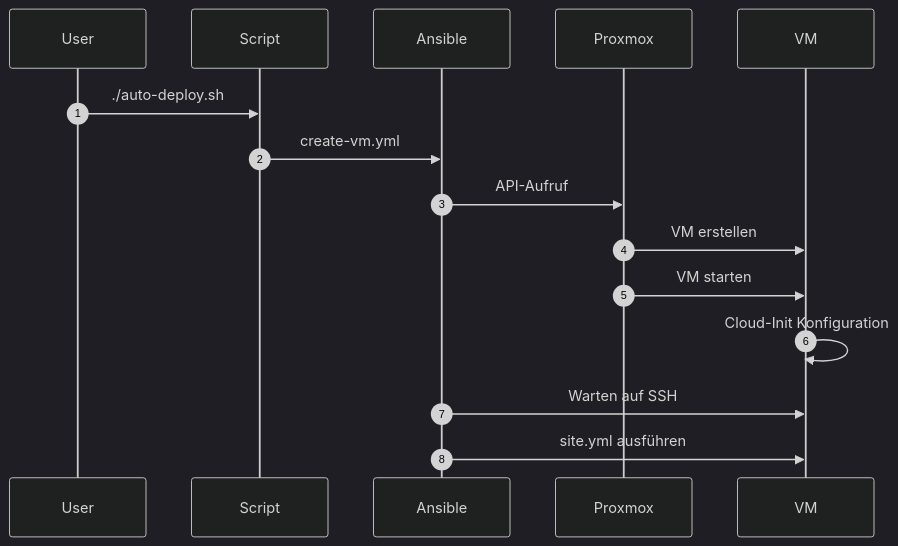
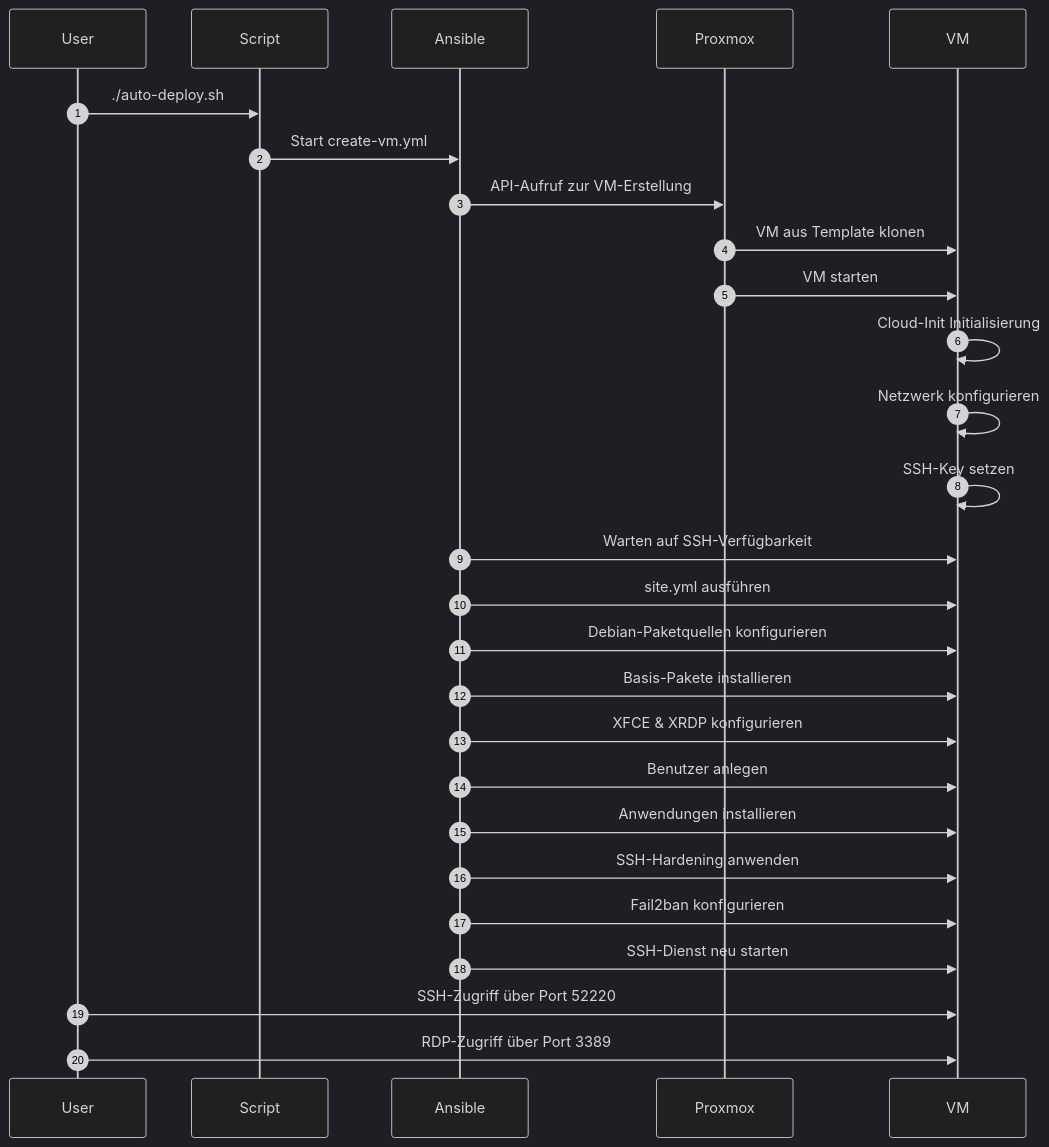
One commit to Elvice1987/proxmox-ansible-automation changed the second of 4 diagrams in documentation.md. Above: the diagram before and after it, drawn with Mermaid (dark theme).

Commit message:
Enhance deployment documentation with detailed steps
Updated deployment flow to include additional steps for VM creation and configuration.

````diff
--- a/documentation.md
+++ b/documentation.md
@@ -61,20 +61,34 @@
 ```mermaid
 sequenceDiagram
     autonumber
     participant User
     participant Script
     participant Ansible
     participant Proxmox
     participant VM
 
     User->>Script: ./auto-deploy.sh
-    Script->>Ansible: create-vm.yml
-    Ansible->>Proxmox: API-Aufruf
-    Proxmox->>VM: VM erstellen
+    Script->>Ansible: Start create-vm.yml
+    Ansible->>Proxmox: API-Aufruf zur VM-Erstellung
+    Proxmox->>VM: VM aus Template klonen
     Proxmox->>VM: VM starten
 
-    VM->>VM: Cloud-Init Konfiguration
+    VM->>VM: Cloud-Init Initialisierung
+    VM->>VM: Netzwerk konfigurieren
+    VM->>VM: SSH-Key setzen
 
-    Ansible->>VM: Warten auf SSH
+    Ansible->>VM: Warten auf SSH-Verfügbarkeit
     Ansible->>VM: site.yml ausführen
+
+    Ansible->>VM: Debian-Paketquellen konfigurieren
+    Ansible->>VM: Basis-Pakete installieren
+    Ansible->>VM: XFCE & XRDP konfigurieren
+    Ansible->>VM: Benutzer anlegen
+    Ansible->>VM: Anwendungen installieren
+    Ansible->>VM: SSH-Hardening anwenden
+    Ansible->>VM: Fail2ban konfigurieren
+    Ansible->>VM: SSH-Dienst neu starten
+
+    User->>VM: SSH-Zugriff über Port 52220
+    User->>VM: RDP-Zugriff über Port 3389
 ```
````
